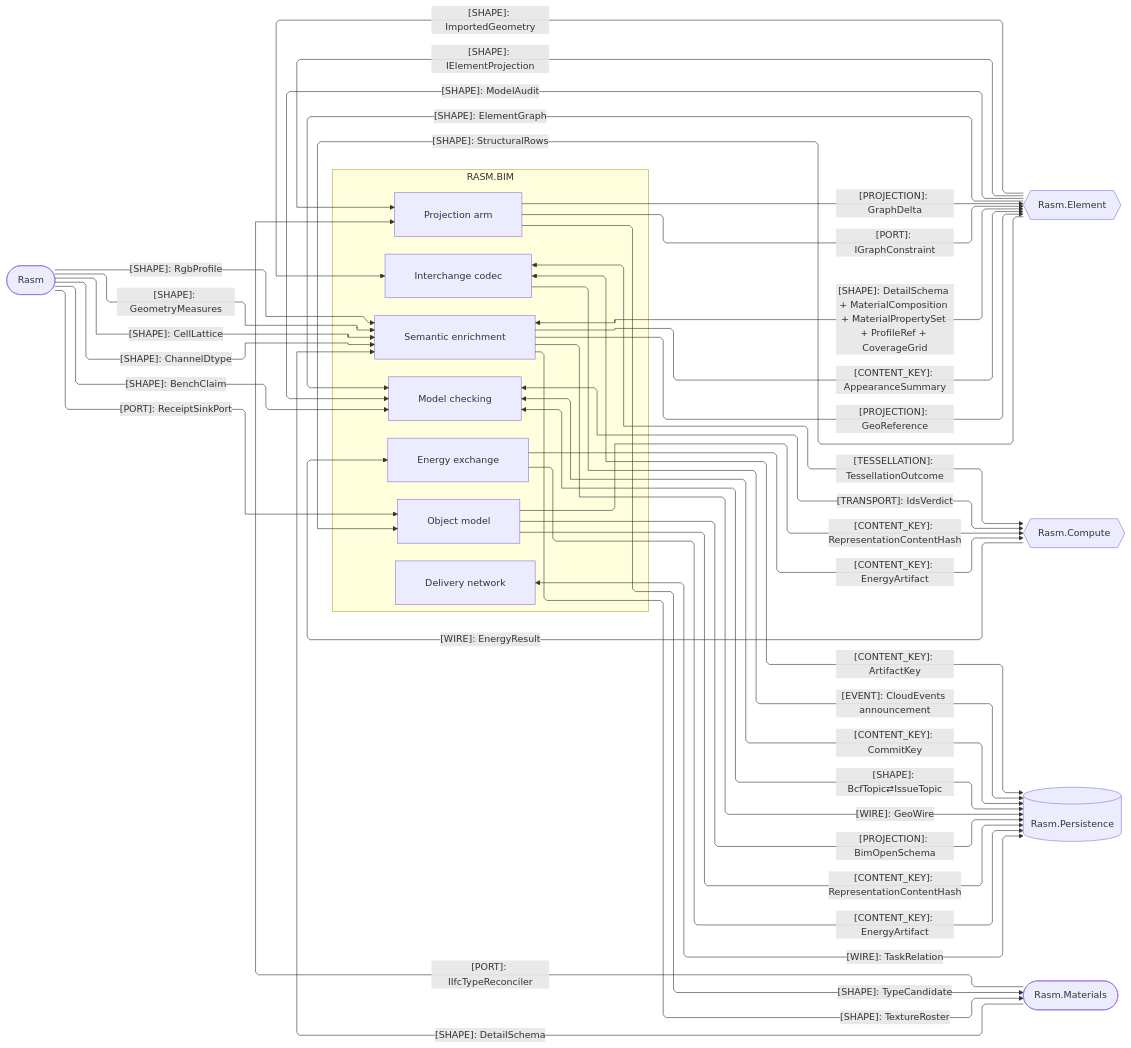
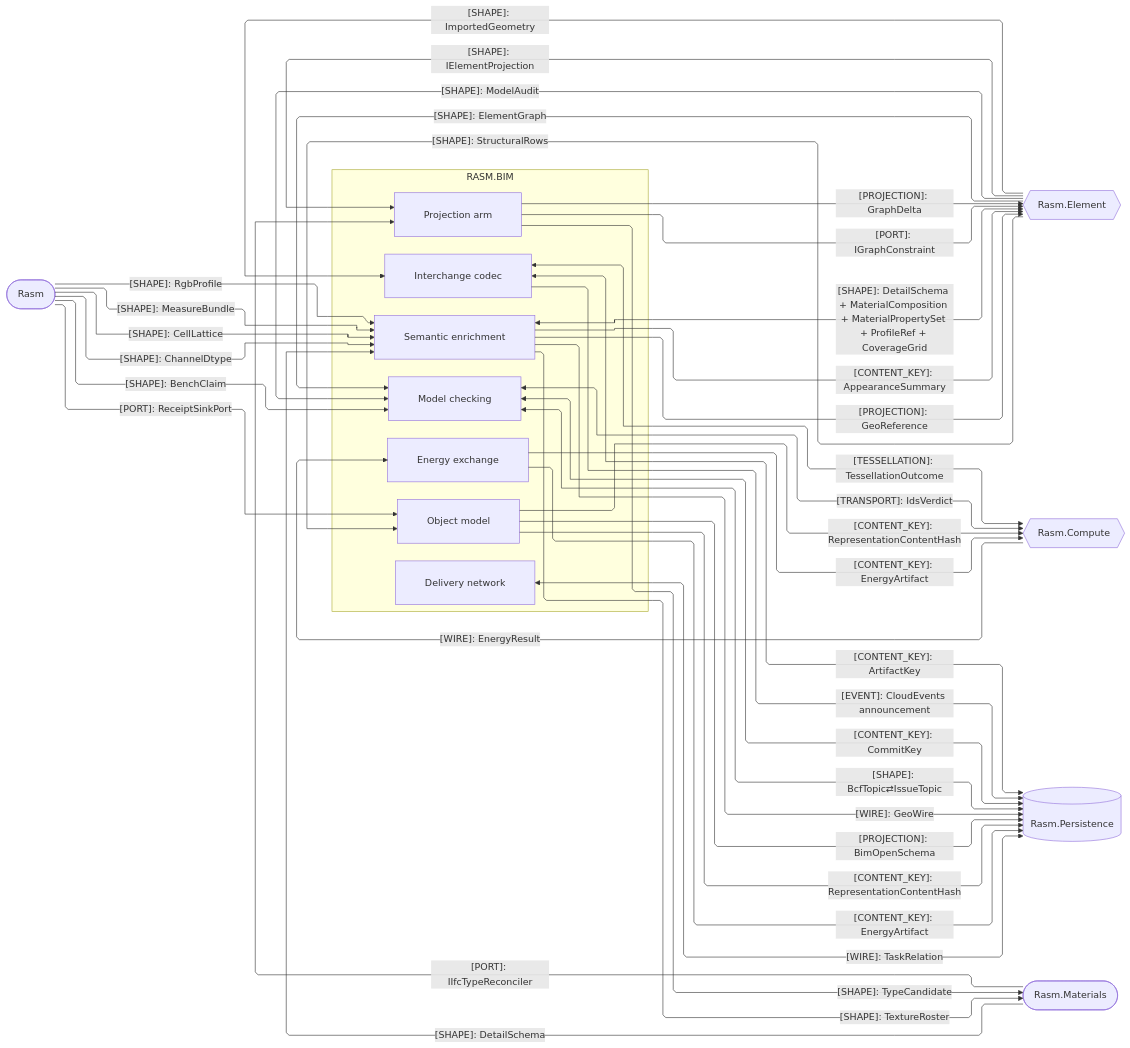
One commit to bsamiee/Rasm changed the second of 4 diagrams in libs/csharp/Rasm.Bim/ARCHITECTURE.md. Above: the diagram before and after it, drawn with Mermaid. The commit also changed other lines of this file and 56 other files, not shown here.

````diff
--- a/libs/csharp/Rasm.Bim/ARCHITECTURE.md
+++ b/libs/csharp/Rasm.Bim/ARCHITECTURE.md
@@ -135,60 +135,60 @@
 ```mermaid
 ---
 config:
   layout: elk
   flowchart:
     curve: linear
     padding: 25
 ---
 flowchart LR
     accTitle: Bim same-branch domain and storage seams
     accDescr: Bim sub-domain owners exchanging projections, content keys, and tessellation with the same-branch AEC peers and the durable store.
     subgraph bim[RASM.BIM]
         Projection[Projection arm]
         Model[Object model]
         Semantics[Semantic enrichment]
         Exchange[Interchange codec]
         Review[Model checking]
         Energy[Energy exchange]
         Planning[Delivery network]
     end
     Element{{Rasm.Element}}
     Compute{{Rasm.Compute}}
     Persistence[(Rasm.Persistence)]
     Materials([Rasm.Materials])
     Rasm([Rasm])
     Element e1@-->|"[SHAPE]: IElementProjection"| Projection
     Projection e2@-->|"[PROJECTION]: GraphDelta"| Element
     Projection e3@-->|"[PORT]: IGraphConstraint"| Element
     Element e4@-->|"[SHAPE]: ImportedGeometry"| Exchange
     Element e5@-->|"[SHAPE]: ElementGraph"| Review
     Semantics e6@<-->|"[SHAPE]: DetailSchema + MaterialComposition + MaterialPropertySet + ProfileRef + CoverageGrid"| Element
     Semantics e7@-->|"[CONTENT_KEY]: AppearanceSummary"| Element
     Semantics e8@-->|"[PROJECTION]: GeoReference"| Element
     Element e9@-->|"[SHAPE]: StructuralRows"| Model
     Element e10@-->|"[SHAPE]: ModelAudit"| Review
     Materials e11@-->|"[PORT]: IIfcTypeReconciler"| Projection
     Projection e12@-->|"[SHAPE]: TypeCandidate"| Materials
     Semantics e13@-->|"[SHAPE]: TextureRoster"| Materials
     Materials e14@-->|"[SHAPE]: DetailSchema"| Semantics
-    Rasm e15@-->|"[SHAPE]: GeometryMeasures"| Semantics
+    Rasm e15@-->|"[SHAPE]: MeasureBundle"| Semantics
     Rasm e16@-->|"[SHAPE]: CellLattice"| Semantics
     Rasm e17@-->|"[SHAPE]: ChannelDtype"| Semantics
     Rasm e18@-->|"[SHAPE]: RgbProfile"| Semantics
     Rasm e19@-->|"[SHAPE]: BenchClaim"| Review
     Rasm e20@-->|"[PORT]: ReceiptSinkPort"| Model
     Model e21@-->|"[CONTENT_KEY]: RepresentationContentHash"| Compute
     Exchange e22@<-->|"[TESSELLATION]: TessellationOutcome"| Compute
     Review e23@<-->|"[TRANSPORT]: IdsVerdict"| Compute
     Energy e24@-->|"[CONTENT_KEY]: EnergyArtifact"| Compute
     Compute e25@-->|"[WIRE]: EnergyResult"| Energy
     Model e26@-->|"[PROJECTION]: BimOpenSchema"| Persistence
     Model e27@-->|"[CONTENT_KEY]: RepresentationContentHash"| Persistence
     Exchange e28@<-->|"[CONTENT_KEY]: ArtifactKey"| Persistence
     Exchange e29@-->|"[EVENT]: CloudEvents announcement"| Persistence
     Review e30@<-->|"[CONTENT_KEY]: CommitKey"| Persistence
     Review e31@<-->|"[SHAPE]: BcfTopic⇄IssueTopic"| Persistence
     Energy e32@-->|"[CONTENT_KEY]: EnergyArtifact"| Persistence
     Planning e33@<-->|"[WIRE]: TaskRelation"| Persistence
     Semantics e34@-->|"[WIRE]: GeoWire"| Persistence
 ```
````
